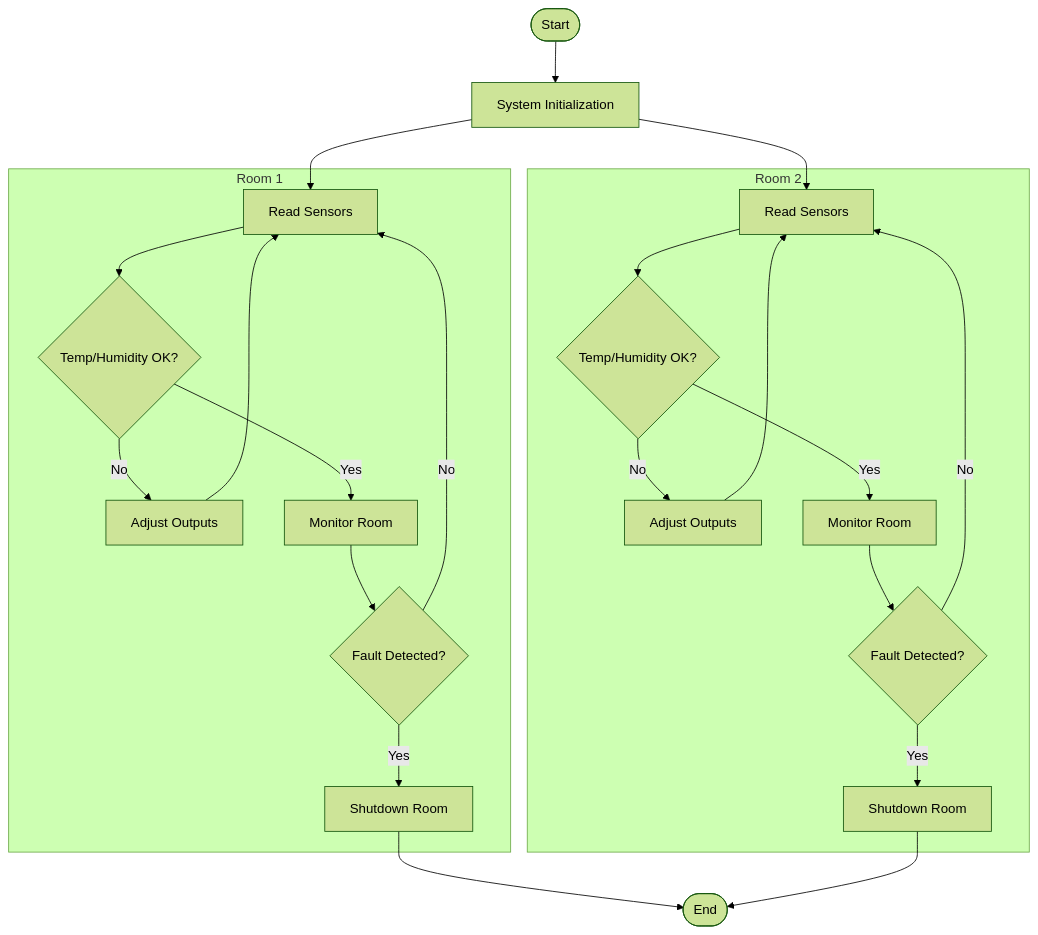
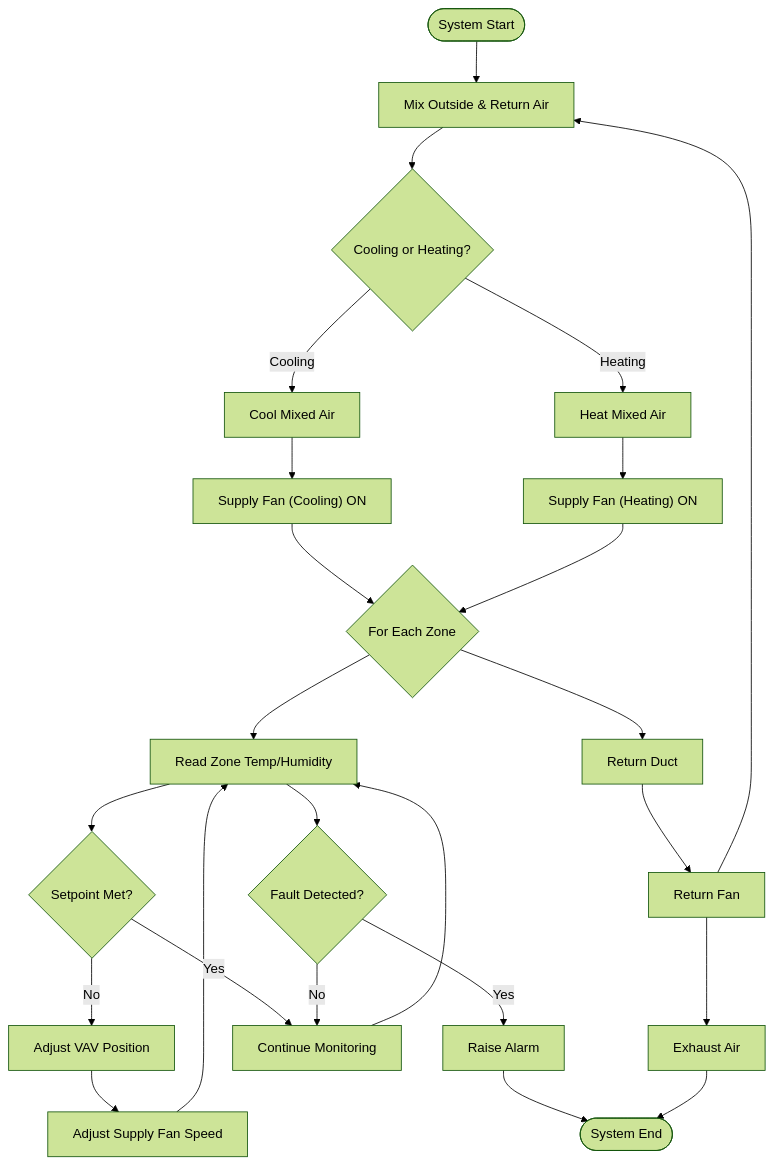
Before and after one commit to snackmasta/HVAC: the diagram in docs/hvac-flowchart.md, drawn with Mermaid (forest theme). The commit also changed other lines of this file and 3 other files, not shown here.

Commit message:
Architecture: phase 1

````diff
--- a/docs/hvac-flowchart.md
+++ b/docs/hvac-flowchart.md
@@ -5,36 +5,36 @@
 ```mermaid
 flowchart TD
-    Start([Start])
-    Init[System Initialization]
-    subgraph Room1 [Room 1]
-        Sense1[Read Sensors]
-        Decision1{Temp/Humidity OK?}
-        Adjust1[Adjust Outputs]
-        Monitor1[Monitor Room]
-        Fault1{Fault Detected?}
-        Shutdown1[Shutdown Room]
-    end
-    subgraph Room2 [Room 2]
-        Sense2[Read Sensors]
-        Decision2{Temp/Humidity OK?}
-        Adjust2[Adjust Outputs]
-        Monitor2[Monitor Room]
-        Fault2{Fault Detected?}
-        Shutdown2[Shutdown Room]
-    end
-    End([End])
+    Start([System Start])
+    Mixing["Mix Outside & Return Air"]
+    ModeSelect{Cooling or Heating?}
+    CC["Cool Mixed Air"]
+    SF_Cool["Supply Fan (Cooling) ON"]
+    HC["Heat Mixed Air"]
+    SF_Heat["Supply Fan (Heating) ON"]
+    ForEachZone{For Each Zone}
+    VAVCheck["Read Zone Temp/Humidity"]
+    SetpointCheck{Setpoint Met?}
+    VAVAdjust["Adjust VAV Position"]
+    FanAdjust["Adjust Supply Fan Speed"]
+    FaultCheck{Fault Detected?}
+    Alarm["Raise Alarm"]
+    Continue["Continue Monitoring"]
+    RD["Return Duct"]
+    RF["Return Fan"]
+    EA["Exhaust Air"]
+    End([System End])
 
-    Start --> Init
-    Init --> Sense1 & Sense2
-    Sense1 --> Decision1
-    Sense2 --> Decision2
-    Decision1 -- Yes --> Monitor1 --> Fault1
-    Decision2 -- Yes --> Monitor2 --> Fault2
-    Fault1 -- No --> Sense1
-    Fault2 -- No --> Sense2
-    Fault1 -- Yes --> Shutdown1
-    Fault2 -- Yes --> Shutdown2
-    Decision1 -- No --> Adjust1 --> Sense1
-    Decision2 -- No --> Adjust2 --> Sense2
-    Shutdown1 & Shutdown2 --> End
+    Start --> Mixing --> ModeSelect
+    ModeSelect -- Cooling --> CC --> SF_Cool --> ForEachZone
+    ModeSelect -- Heating --> HC --> SF_Heat --> ForEachZone
+    ForEachZone --> VAVCheck --> SetpointCheck
+    SetpointCheck -- No --> VAVAdjust --> FanAdjust --> VAVCheck
+    SetpointCheck -- Yes --> Continue --> VAVCheck
+    VAVCheck --> FaultCheck
+    FaultCheck -- Yes --> Alarm --> End
+    FaultCheck -- No --> Continue
+    ForEachZone --> RD
+    RD --> RF --> EA
+    RF --> Mixing
+    EA --> End
 ```
````
